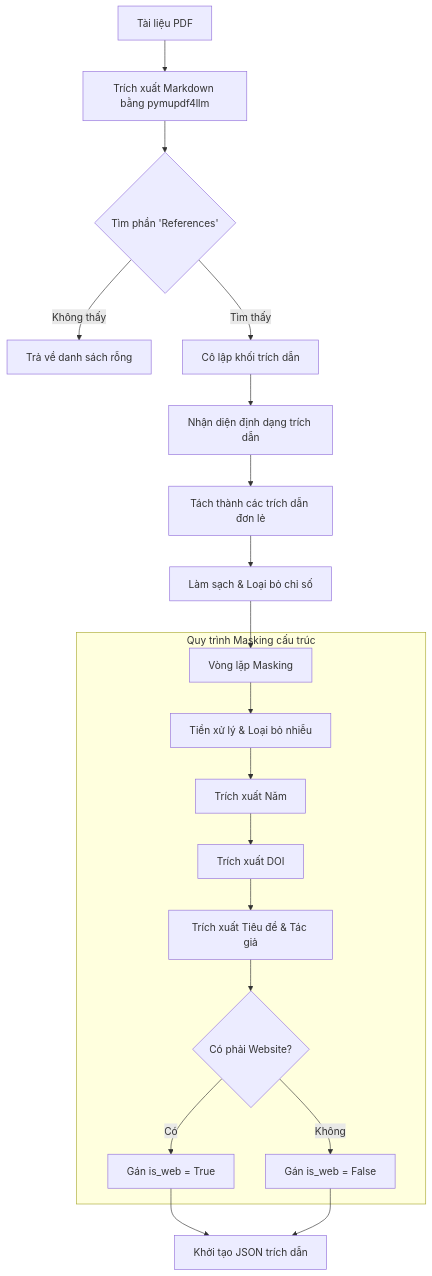
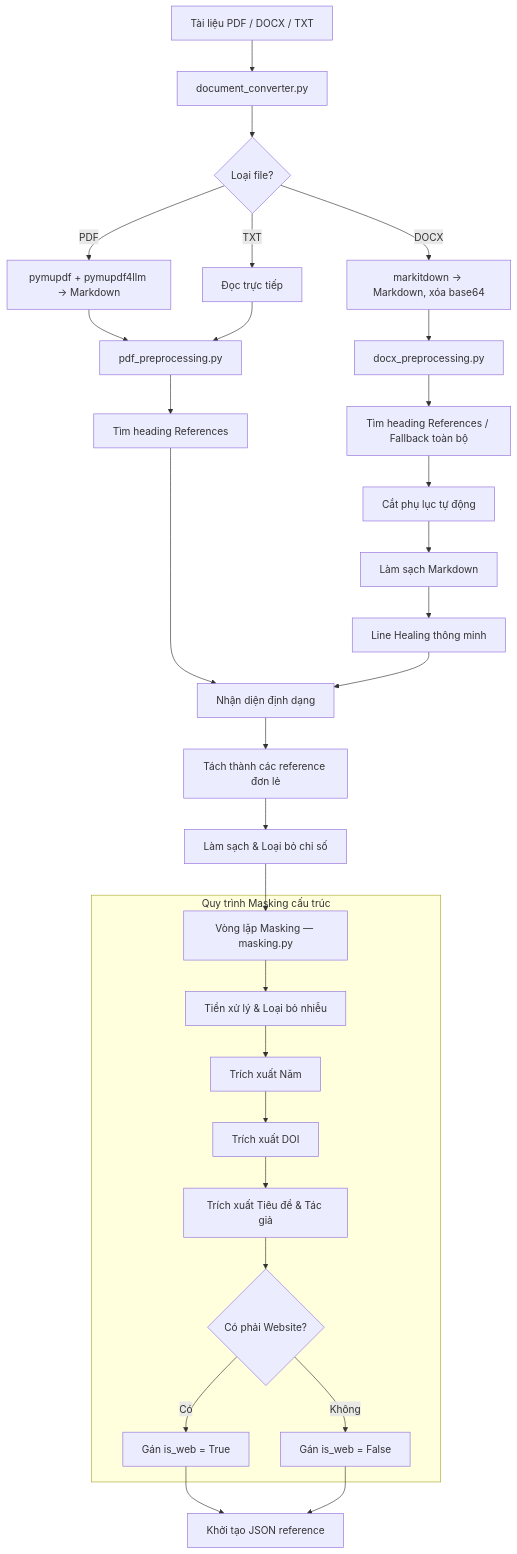
Before and after one commit to Jakiduy1410/DOI_checking: the first of 2 diagrams in README.md, drawn with Mermaid. The commit also changed other lines of this file and 56 other files, not shown here.

````diff
--- a/README.md
+++ b/README.md
@@ -40,24 +82,37 @@
 ```mermaid
 flowchart TD
-    A[Tài liệu PDF] --> B[Trích xuất Markdown bằng pymupdf4llm]
-    B --> C{Tìm phần 'References'}
-    C -- Không thấy --> D[Trả về danh sách rỗng]
-    C -- Tìm thấy --> E[Cô lập khối trích dẫn]
-    E --> F[Nhận diện định dạng trích dẫn]
-    F --> G[Tách thành các trích dẫn đơn lẻ]
-    G --> H[Làm sạch & Loại bỏ chỉ số]
-    H --> I[Vòng lặp Masking]
-    
+    A[Tài liệu PDF / DOCX / TXT] --> B[document_converter.py]
+    B --> C{Loại file?}
+    C -- PDF --> D[pymupdf + pymupdf4llm → Markdown]
+    C -- DOCX --> E[markitdown → Markdown, xóa base64]
+    C -- TXT --> F[Đọc trực tiếp]
+
+    D --> G[pdf_preprocessing.py]
+    E --> H[docx_preprocessing.py]
+    F --> G
+
+    G --> I[Tìm heading References]
+    H --> J[Tìm heading References / Fallback toàn bộ]
+    J --> K[Cắt phụ lục tự động]
+    K --> L[Làm sạch Markdown]
+    L --> M[Line Healing thông minh]
+
+    I --> N[Nhận diện định dạng]
+    M --> N
+    N --> O[Tách thành các reference đơn lẻ]
+    O --> P[Làm sạch & Loại bỏ chỉ số]
+    P --> Q[Vòng lặp Masking — masking.py]
+
     subgraph Quy trình Masking cấu trúc
-        I --> J[Tiền xử lý & Loại bỏ nhiễu]
-        J --> K[Trích xuất Năm]
-        K --> L[Trích xuất DOI]
-        L --> M[Trích xuất Tiêu đề & Tác giả]
-        M --> N{Có phải Website?}
-        N -- Có --> O[Gán is_web = True]
-        N -- Không --> P[Gán is_web = False]
+        Q --> R[Tiền xử lý & Loại bỏ nhiễu]
+        R --> S[Trích xuất Năm]
+        S --> T[Trích xuất DOI]
+        T --> U[Trích xuất Tiêu đề & Tác giả]
+        U --> V{Có phải Website?}
+        V -- Có --> W[Gán is_web = True]
+        V -- Không --> X[Gán is_web = False]
     end
-    
-    O --> Q[Khởi tạo JSON trích dẫn]
-    P --> Q
+
+    W --> Y[Khởi tạo JSON reference]
+    X --> Y
 ```
````
